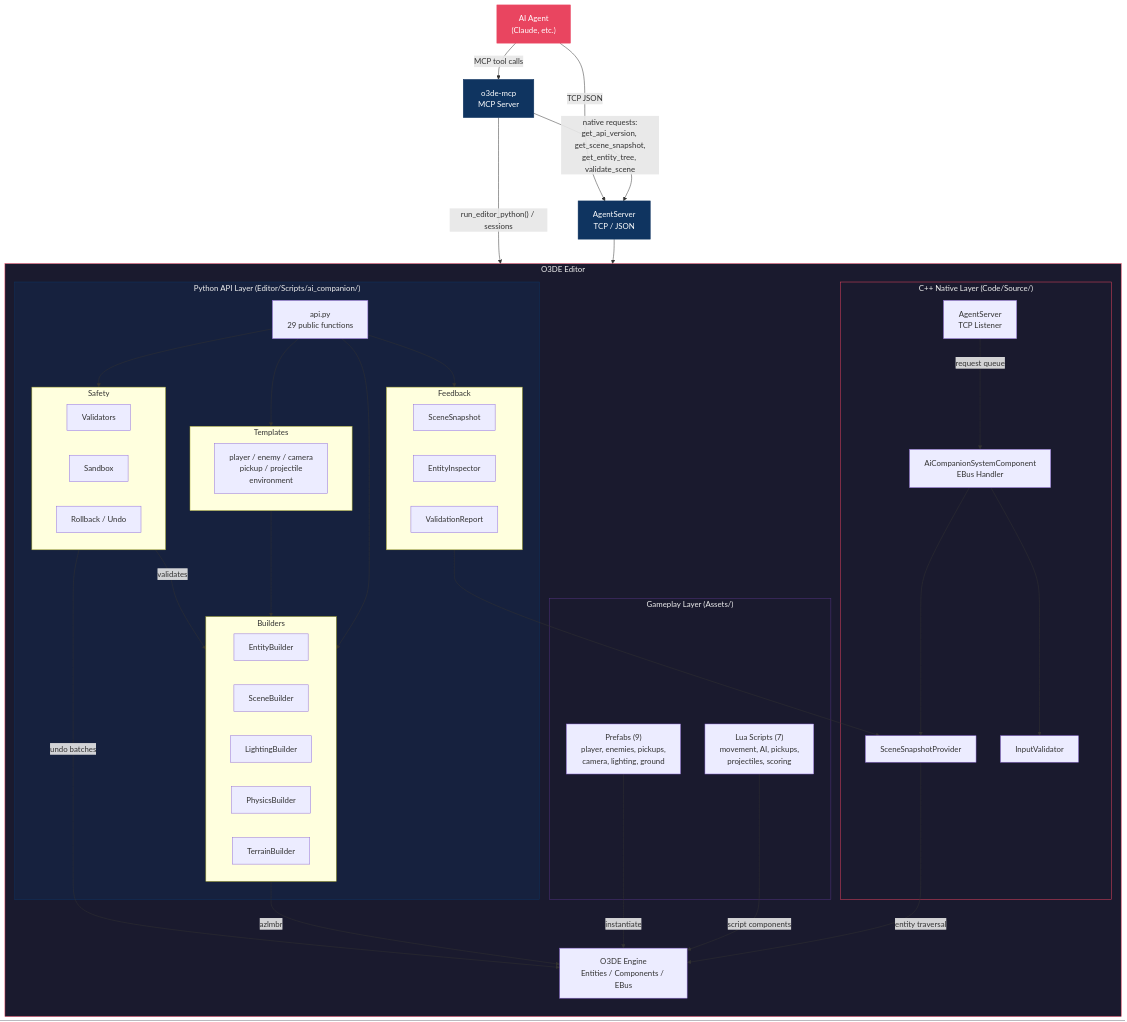
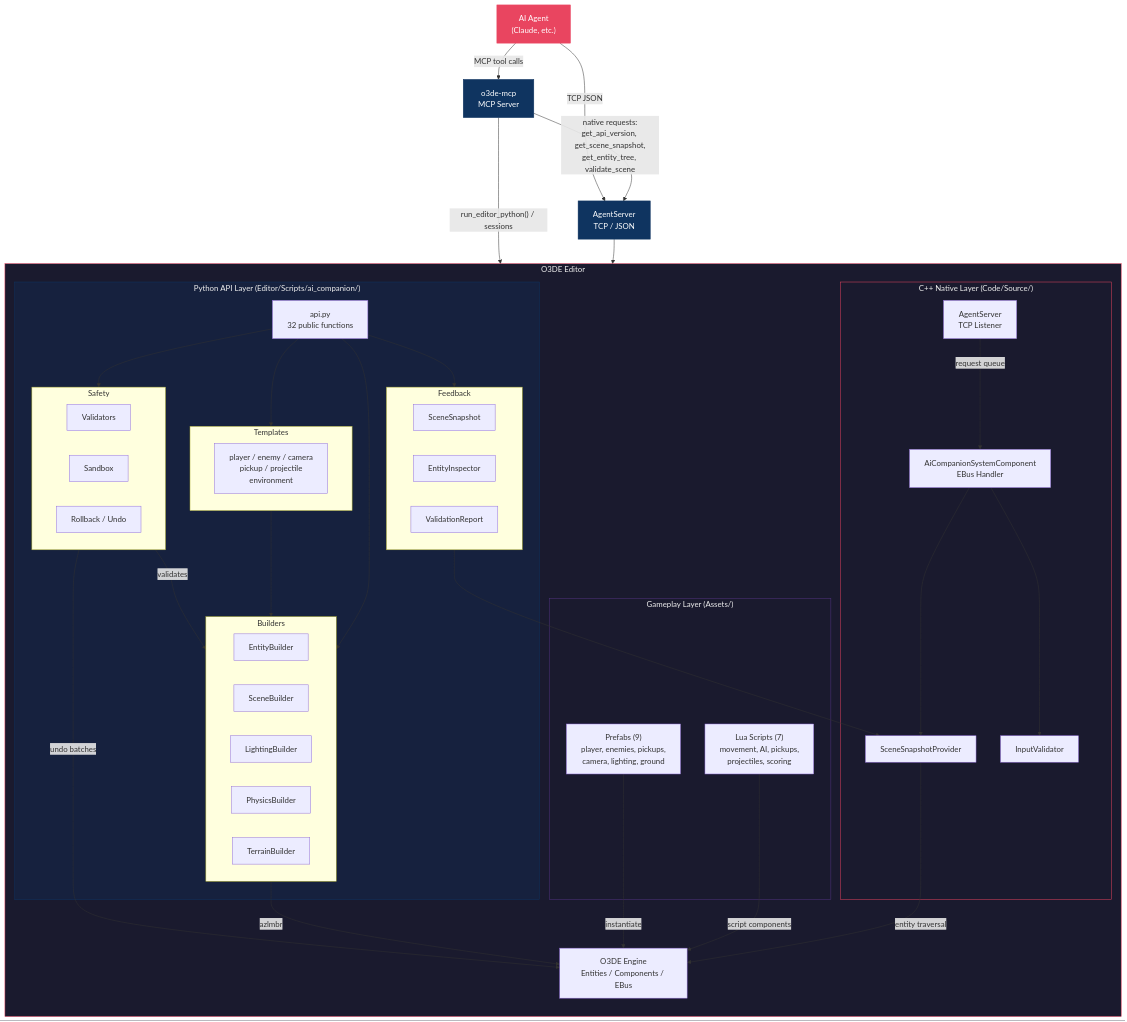
One commit to nickschuetz/o3de-ai-companion-gem changed the diagram in Docs/architecture.md. Above: the diagram before and after it, drawn with Mermaid. The commit also changed other lines of this file and 6 other files, not shown here.

```diff
--- a/Docs/architecture.md
+++ b/Docs/architecture.md
@@ -23,7 +23,7 @@
         direction TB
 
         subgraph PythonAPI["Python API Layer  (Editor/Scripts/ai_companion/)"]
-            API["api.py<br/>29 public functions"]
+            API["api.py<br/>32 public functions"]
 
             subgraph Builders["Builders"]
                 EB["EntityBuilder"]
```
